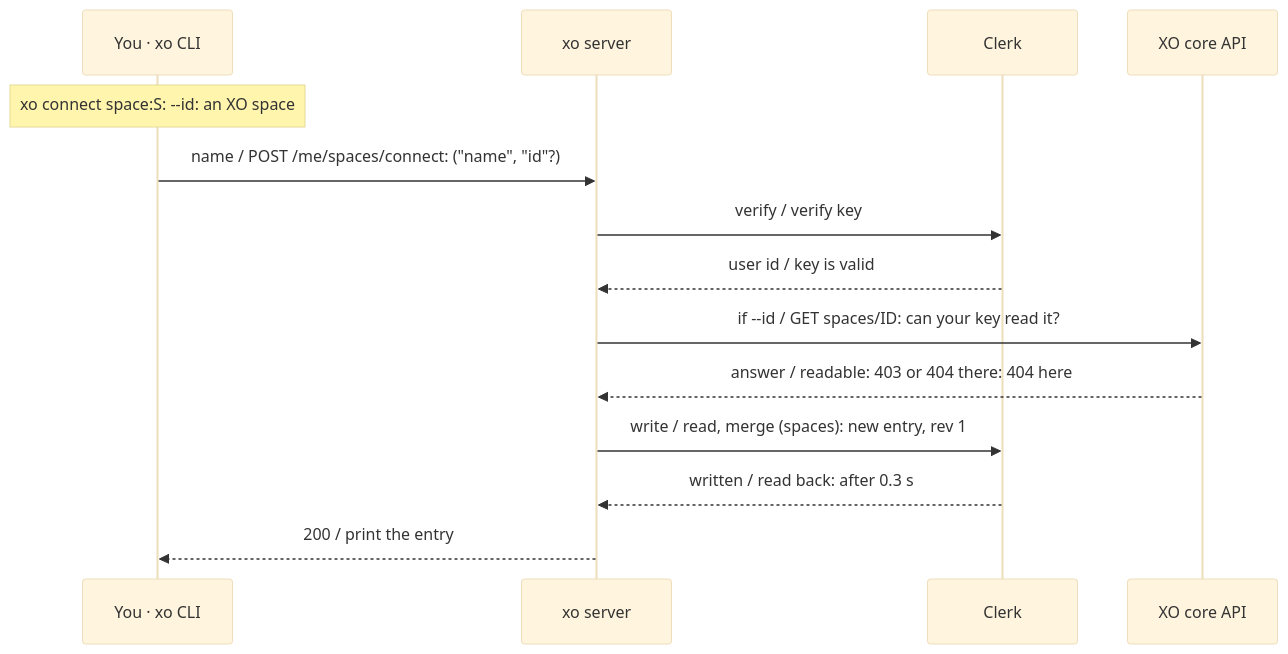
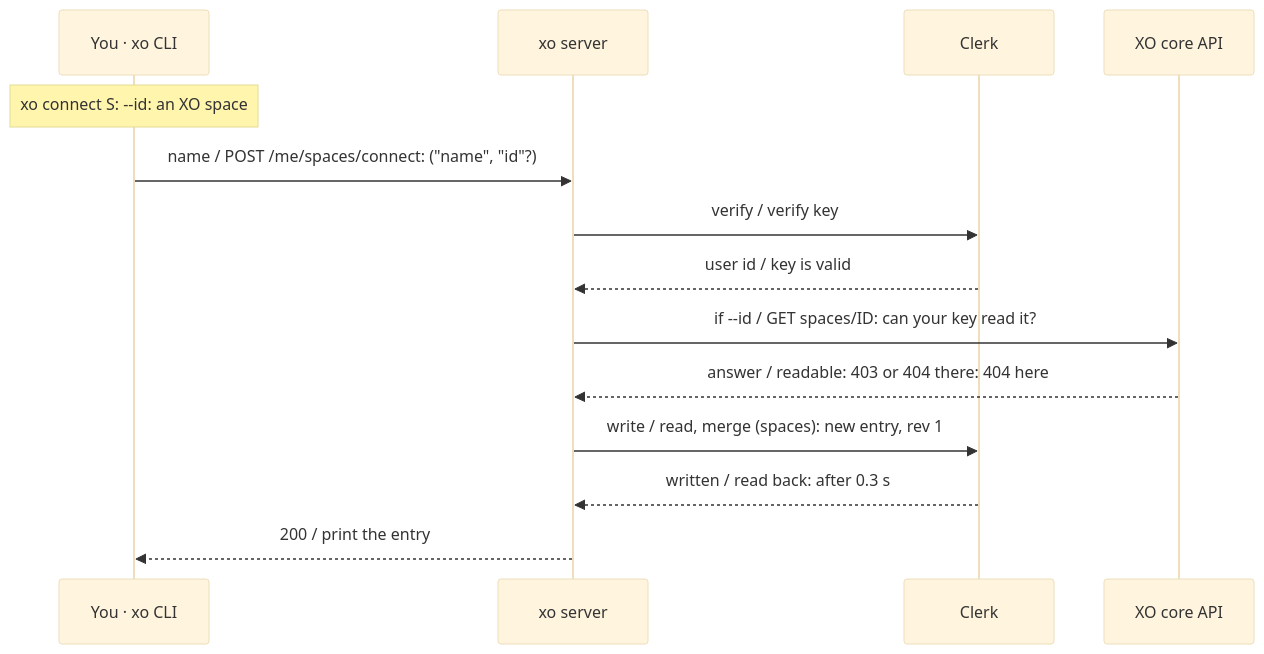
Before and after one commit to quirq-ai/xo: diagram 14 of 30 in docs/architecture.md, drawn with Mermaid (base theme). The commit also changed other lines of this file and 5 other files, not shown here.

````diff
--- a/docs/architecture.md
+++ b/docs/architecture.md
@@ -318,16 +318,16 @@
 ```mermaid
 sequenceDiagram
   participant Cli as You · xo CLI
   participant Srv as xo server
   participant Clerk as Clerk
   participant Xo as XO core API
-  Note over Cli: xo connect space:S: --id: an XO space
+  Note over Cli: xo connect S: --id: an XO space
   Cli->>Srv: name / POST /me/spaces/connect: ("name", "id"?)
   Srv->>Clerk: verify / verify key
   Clerk-->>Srv: user id / key is valid
   Srv->>Xo: if --id / GET spaces/ID: can your key read it?
   Xo-->>Srv: answer / readable: 403 or 404 there: 404 here
   Srv->>Clerk: write / read, merge (spaces): new entry, rev 1
   Clerk-->>Srv: written / read back: after 0.3 s
   Srv-->>Cli: 200 / print the entry
 ```
````
